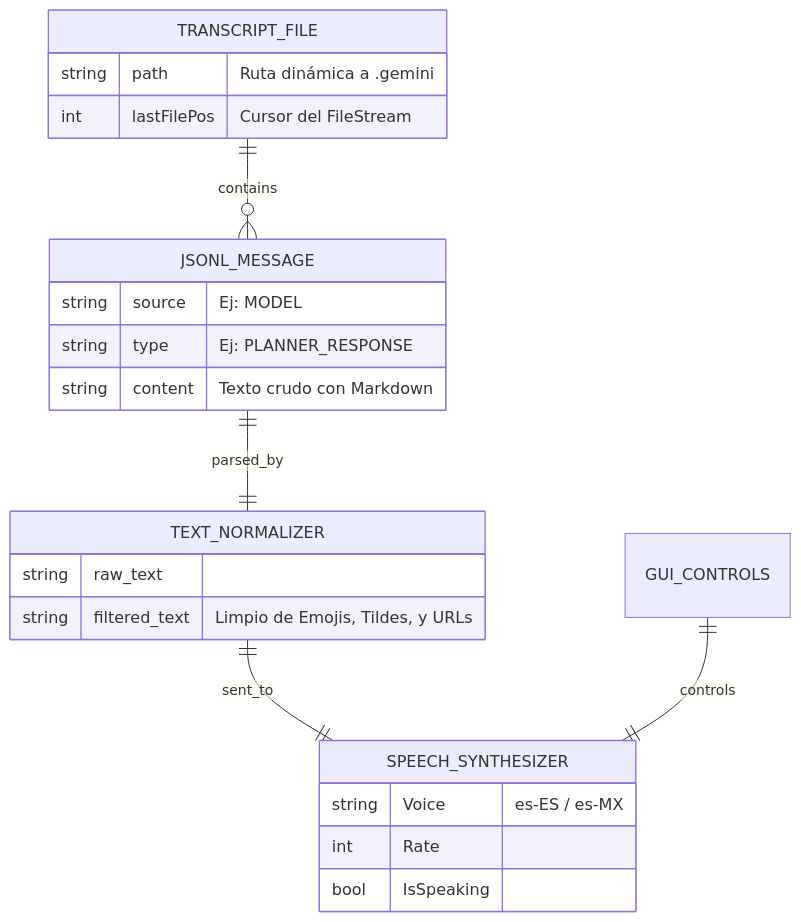
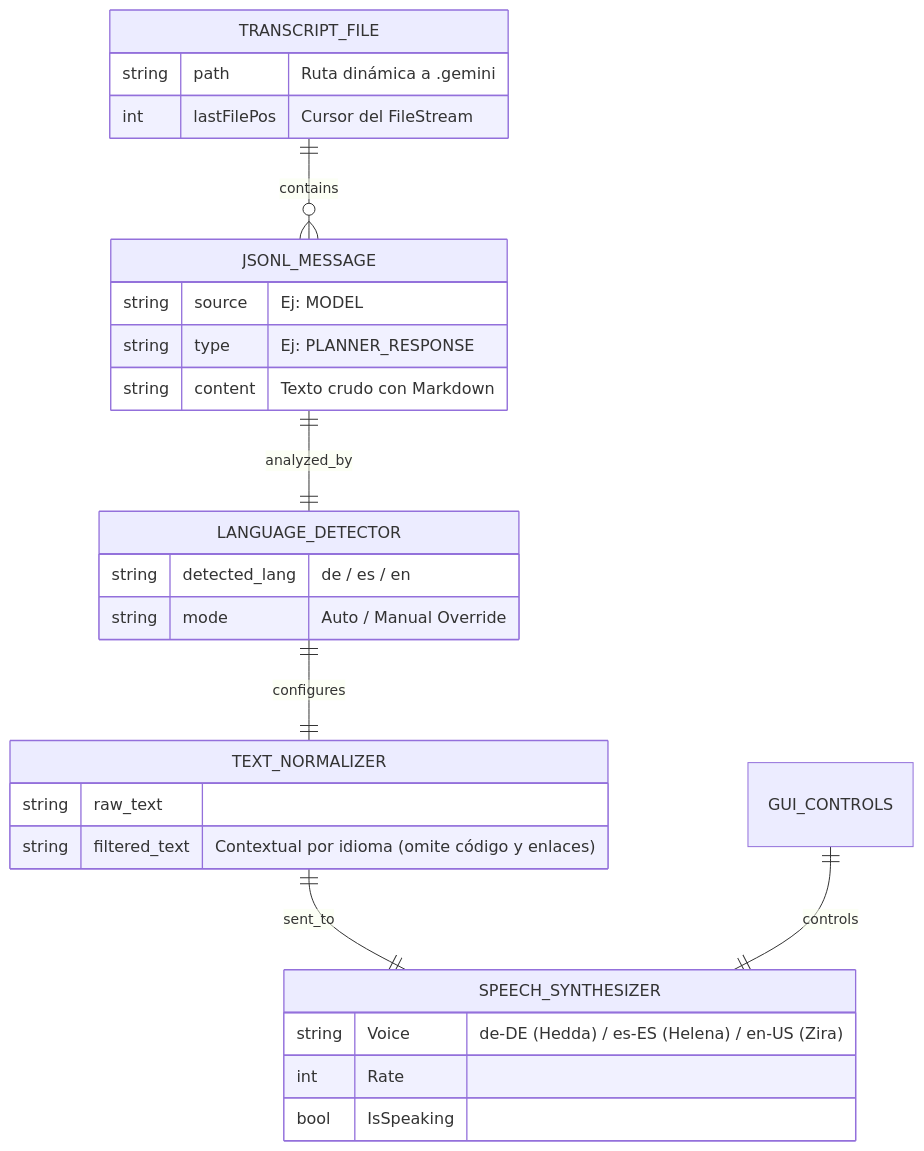
One commit to dwn10/AntigravityVoiceReader changed the first of 2 diagrams in Project.md. Above: the diagram before and after it, drawn with Mermaid. The commit also changed other lines of this file and 6 other files, not shown here.

````diff
--- a/Project.md
+++ b/Project.md
@@ -36,29 +36,35 @@
 ```mermaid
 erDiagram
     TRANSCRIPT_FILE ||--o{ JSONL_MESSAGE : contains
-    JSONL_MESSAGE ||--|| TEXT_NORMALIZER : parsed_by
+    JSONL_MESSAGE ||--|| LANGUAGE_DETECTOR : analyzed_by
+    LANGUAGE_DETECTOR ||--|| TEXT_NORMALIZER : configures
     TEXT_NORMALIZER ||--|| SPEECH_SYNTHESIZER : sent_to
     GUI_CONTROLS ||--|| SPEECH_SYNTHESIZER : controls
 
     TRANSCRIPT_FILE {
         string path "Ruta dinámica a .gemini"
         int lastFilePos "Cursor del FileStream"
     }
 
     JSONL_MESSAGE {
         string source "Ej: MODEL"
         string type "Ej: PLANNER_RESPONSE"
         string content "Texto crudo con Markdown"
     }
 
+    LANGUAGE_DETECTOR {
+        string detected_lang "de / es / en"
+        string mode "Auto / Manual Override"
+    }
+
     TEXT_NORMALIZER {
         string raw_text
-        string filtered_text "Limpio de Emojis, Tildes, y URLs"
+        string filtered_text "Contextual por idioma (omite código y enlaces)"
     }
 
     SPEECH_SYNTHESIZER {
-        string Voice "es-ES / es-MX"
+        string Voice "de-DE (Hedda) / es-ES (Helena) / en-US (Zira)"
         int Rate
         bool IsSpeaking
     }
 ```
````
